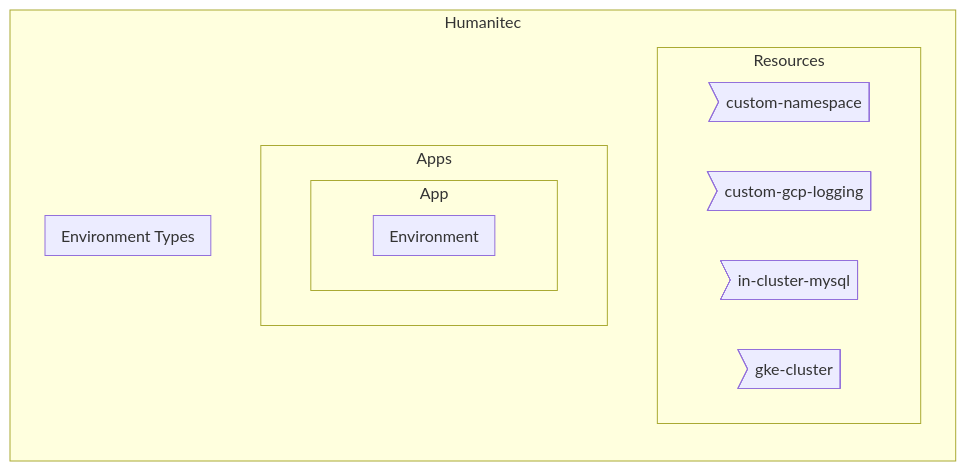
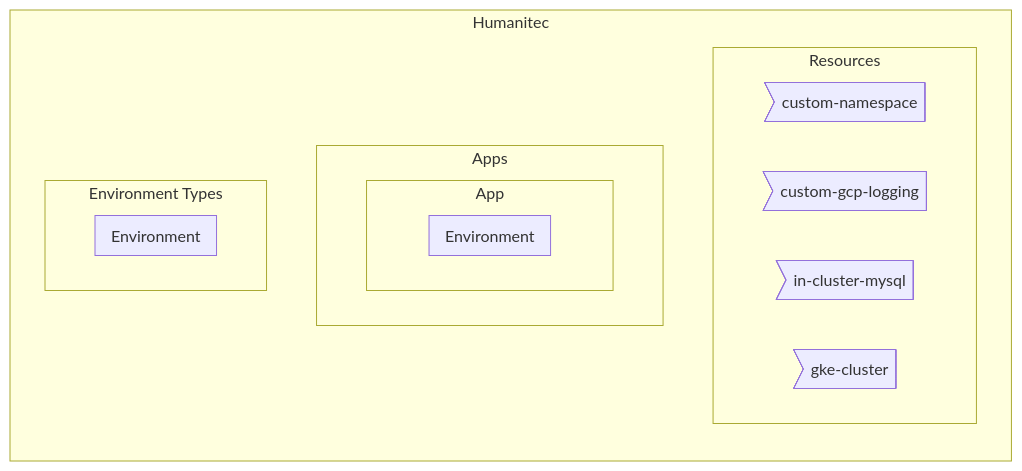
One commit to TEST-ACCOUNT-APURV/redis-test changed the first of 2 diagrams in README.md. Above: the diagram before and after it, drawn with Mermaid.

Commit message:
Fix Humanitec graph

````diff
--- a/README.md
+++ b/README.md
@@ -5,22 +5,22 @@
 ```mermaid
 flowchart LR
   subgraph Humanitec
     subgraph Resources
       namespace>custom-namespace]
       logging>custom-gcp-logging]
       in-cluster-mysql>in-cluster-mysql]
       gke-cluster>gke-cluster]
     end
     subgraph Apps
       direction LR
       subgraph App
-        subgraph Environment
+        subgraph app-env [Environment]
         end
       end
     end
     subgraph Environment Types
-      subgraph Environment
+      subgraph env-type [Environment]
       end
     end
   end
 ```
````
